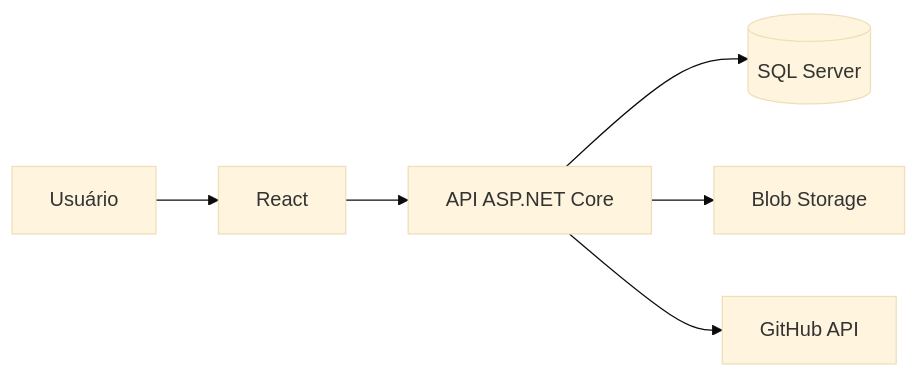
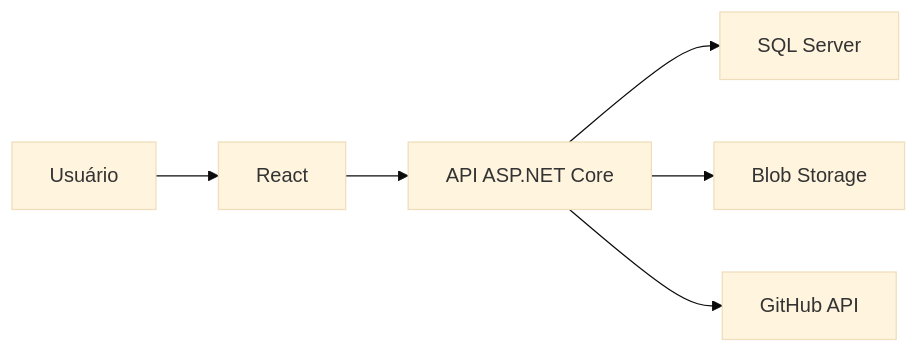
One commit to IgorHLeal/PortifolioDev changed the first of 10 diagrams in docs/REFERENCIAS_VISUAIS.md. Above: the diagram before and after it, drawn with Mermaid (base theme). The commit also changed other lines of this file and 2 other files, not shown here.

Commit message:
fix: corrige renderização dos diagramas Mermaid

````diff
--- a/docs/REFERENCIAS_VISUAIS.md
+++ b/docs/REFERENCIAS_VISUAIS.md
@@ -34,8 +34,8 @@
 ```mermaid
-flowchart LR
-    U[Usuário] --> R[React]
-    R --> A[API ASP.NET Core]
-    A --> D[(SQL Server)]
-    A --> B[Blob Storage]
-    A --> G[GitHub API]
+graph LR
+    user["Usuário"] --> react["React"]
+    react --> api["API ASP.NET Core"]
+    api --> database["SQL Server"]
+    api --> storage["Blob Storage"]
+    api --> github["GitHub API"]
 ```
````
